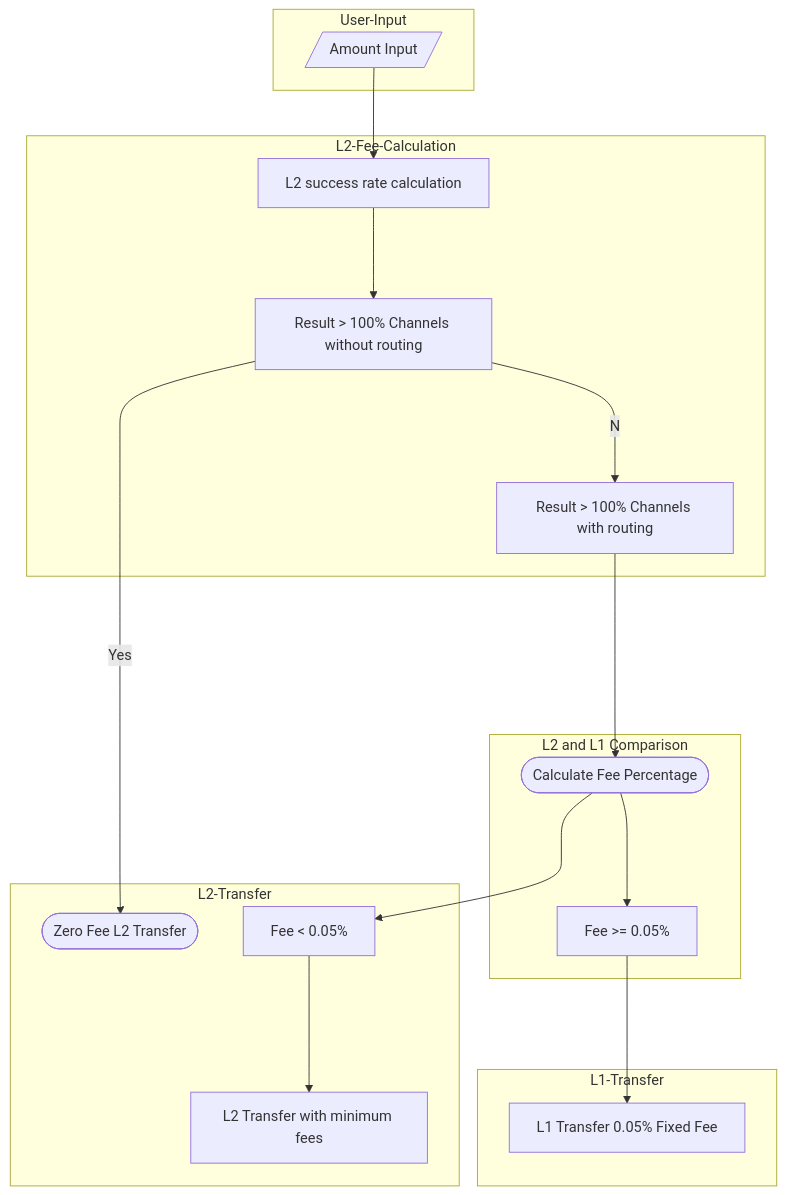
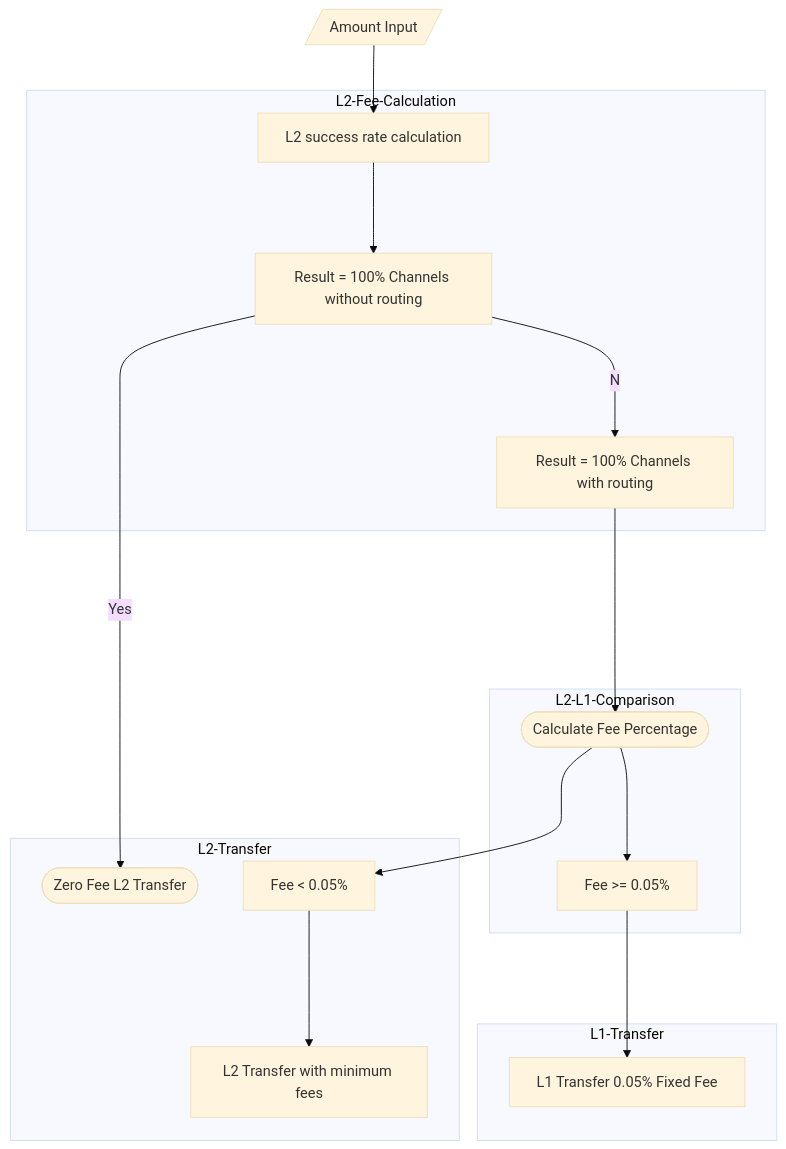
One commit to viralfoundation/Technical-Whitepaper-LaTeX changed the diagram in README.md. Above: the diagram before and after it, drawn with Mermaid.

Commit message:
Commit #7

````diff
--- a/README.md
+++ b/README.md
@@ -651,34 +653,25 @@
 ```mermaid
-
+%%{init: {'theme':'base'}}%%
 flowchart TB
 
-   subgraph User-Input
-    A[/Amount Input /]
-    end
+   
+    A[/Amount Input /]--> B[L2 success rate calculation]
     subgraph L2-Fee-Calculation 
-    A --> B[L2 success rate calculation]
-    B ---> C[Result > 100% Channels without routing]
-    C --No--> E[Result > 100% Channels with routing]
+    B ---> C[Result = 100% Channels without routing]
+    C --No--> E[Result = 100% Channels with routing]
     end
     subgraph L2-Transfer
     C --Yes--> D([Zero Fee L2 Transfer])
     I ---> K[L2 Transfer with minimum fees]
     end
-    subgraph L2 and L1 Comparison
+    subgraph L2-L1-Comparison
     E ----> G([Calculate Fee Percentage])
     G --->J[Fee >= 0.05%]
     G --->I[Fee < 0.05%]
     end
     subgraph L1-Transfer
-    
     J ---> H[L1 Transfer 0.05% Fixed Fee]
     end
-    
-    
-    
-  
-    
-
-  
+     
 
 ```
````
